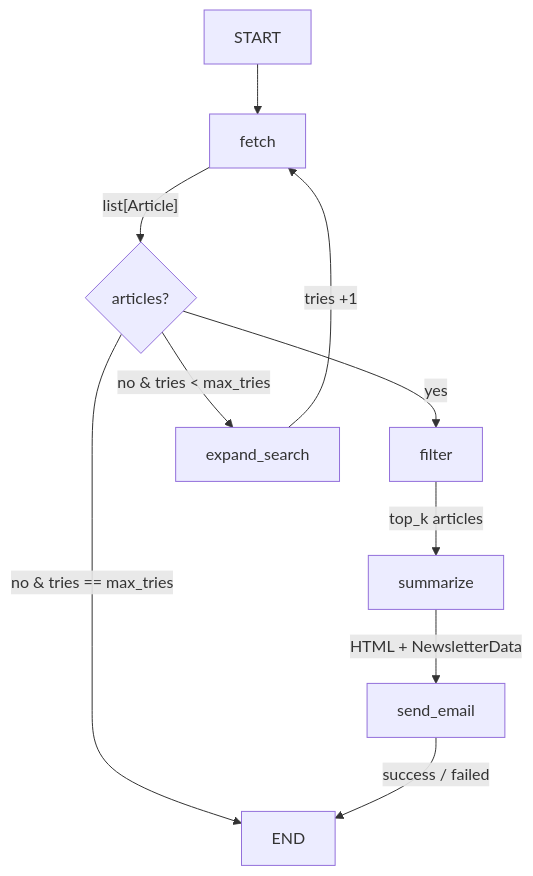
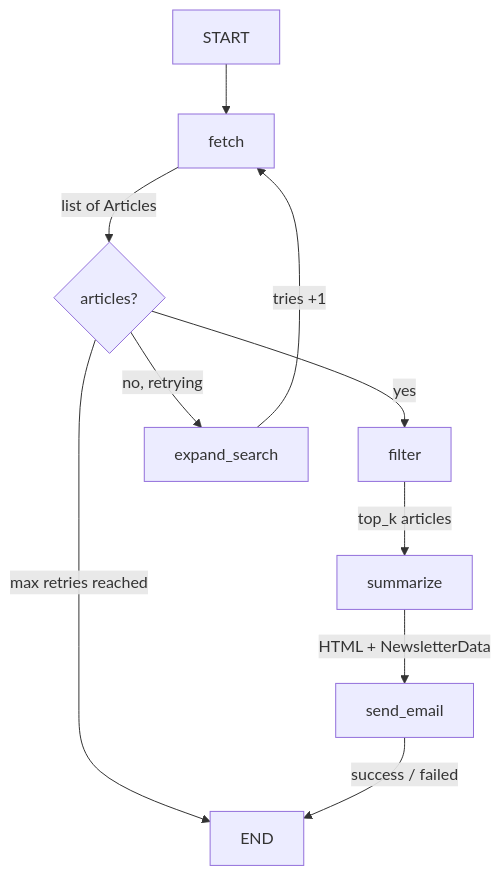
One commit to Caspiofri/newsletter_agent changed the diagram in README.md. Above: the diagram before and after it, drawn with Mermaid. The commit also changed other lines of this file and 1 other file, not shown here.

Commit message:
[Fix] Mermaid edge labels and add .env.example

````diff
--- a/README.md
+++ b/README.md
@@ -21,15 +21,15 @@
 ```mermaid
 flowchart TD
     START --> fetch
 
-    fetch -->|"list[Article]"| check{articles?}
-    check -->|"yes"| filter
-    check -->|"no & tries < max_tries"| expand_search
-    check -->|"no & tries == max_tries"| END
+    fetch -->|list of Articles| check{articles?}
+    check -->|yes| filter
+    check -->|no, retrying| expand_search
+    check -->|max retries reached| END
 
-    expand_search -->|"tries +1"| fetch
+    expand_search -->|tries +1| fetch
 
-    filter -->|"top_k articles"| summarize
-    summarize -->|"HTML + NewsletterData"| send_email
+    filter -->|top_k articles| summarize
+    summarize -->|HTML + NewsletterData| send_email
     send_email -->|success / failed| END
 ```
````
